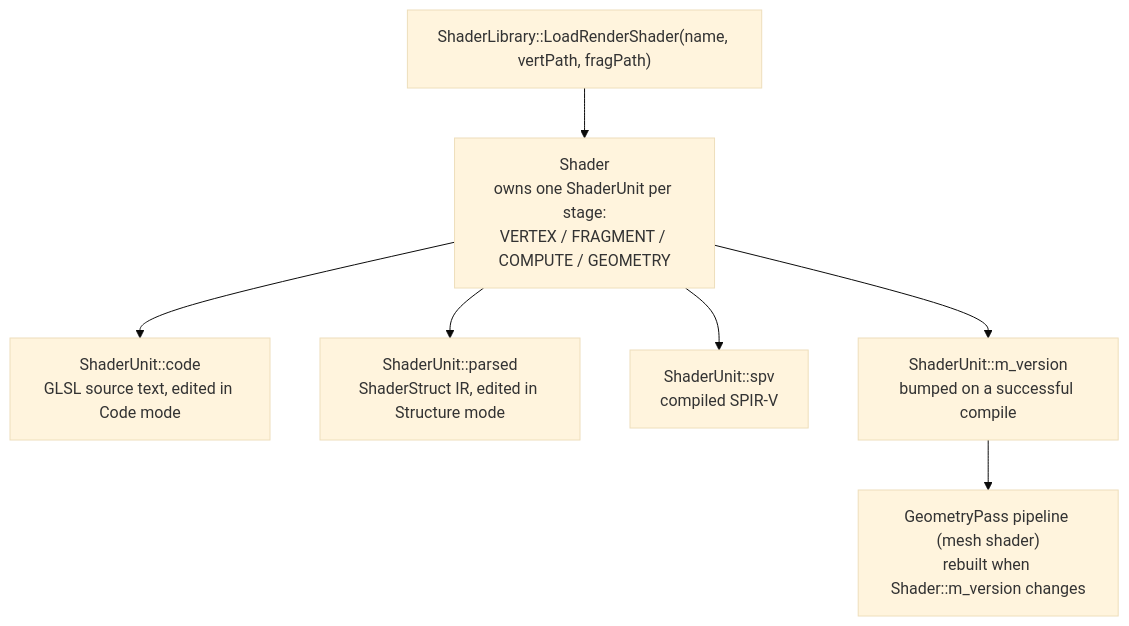
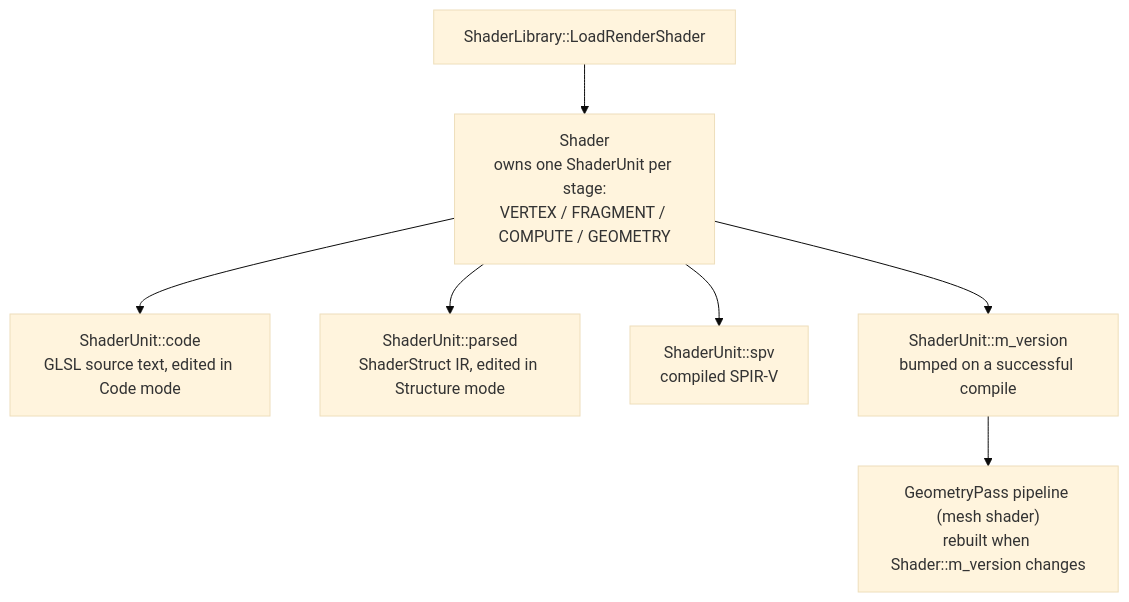
The diagram in docs/render/shaders.md (XDzZyq/Neurus), drawn with Mermaid (base theme) before and after one commit. The commit also changed 9 other files, not shown here.

First line of the commit message:
docs(diagrams): drop the figure caption and trim node labels

````diff
--- a/docs/render/shaders.md
+++ b/docs/render/shaders.md
@@ -7,17 +7,17 @@
 ```mermaid
 flowchart TD
-    library["ShaderLibrary::LoadRenderShader(name, vertPath, fragPath)"]
+    library["ShaderLibrary::LoadRenderShader"]
     shader["Shader<br/>owns one ShaderUnit per stage:<br/>VERTEX / FRAGMENT / COMPUTE / GEOMETRY"]
     code["ShaderUnit::code<br/>GLSL source text, edited in Code mode"]
     parsed["ShaderUnit::parsed<br/>ShaderStruct IR, edited in Structure mode"]
     spv["ShaderUnit::spv<br/>compiled SPIR-V"]
     version["ShaderUnit::m_version<br/>bumped on a successful compile"]
     pipeline["GeometryPass pipeline (mesh shader)<br/>rebuilt when Shader::m_version changes"]
 
     library --> shader
     shader --> code
     shader --> parsed
     shader --> spv
     shader --> version
     version --> pipeline
 ```
````
